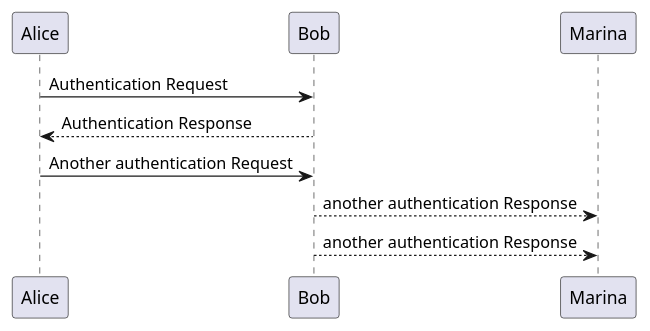
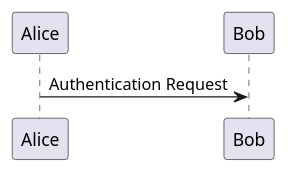
The diagram in activation/sd/dds.puml (igordumchykov/sd), drawn with PlantUML before and after one commit.

```diff
--- a/activation/sd/dds.puml
+++ b/activation/sd/dds.puml
@@ -1,8 +1,3 @@
 @startuml
 Alice -> Bob: Authentication Request
-Bob --> Alice: Authentication Response
-
-Alice -> Bob: Another authentication Request
-Marina <-- Bob: another authentication Response
-Bob --> Marina: another authentication Response
 @enduml
```
